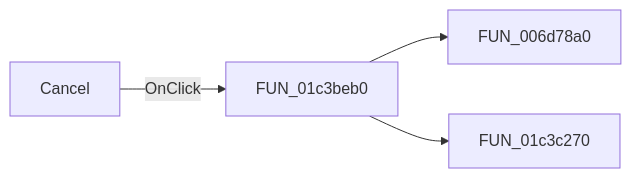
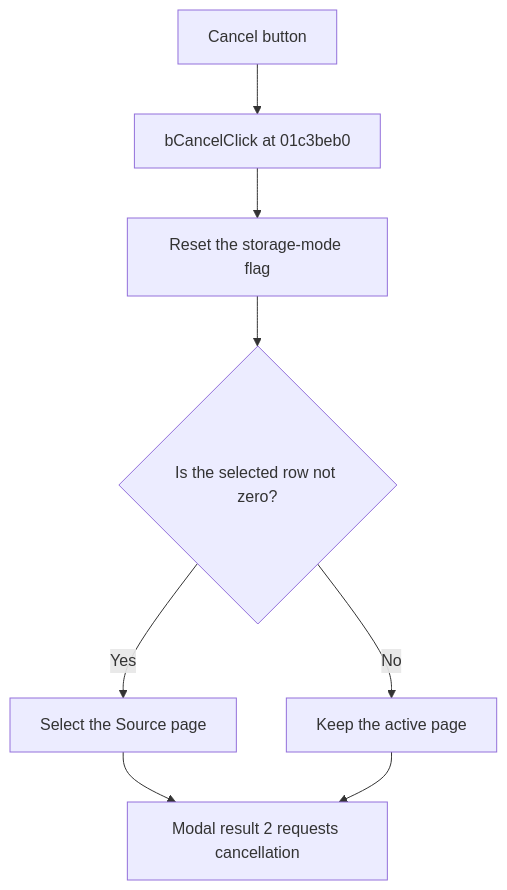
Before and after one commit to MovGP0/TIARA: the diagram in docs/ui-controls/fmacrowiz/bcancel-f9f086fa01.md, drawn with Mermaid. The commit also changed other lines of this file and 387 other files, not shown here.

````diff
--- a/docs/ui-controls/fmacrowiz/bcancel-f9f086fa01.md
+++ b/docs/ui-controls/fmacrowiz/bcancel-f9f086fa01.md
@@ -27,6 +21,10 @@
 ```mermaid
-flowchart LR
-    control["Cancel"] -->|OnClick| handler["FUN_01c3beb0"]
-    handler --> call1["FUN_006d78a0"]
-    handler --> call2["FUN_01c3c270"]
+flowchart TD
+    control["Cancel button"] --> handler["bCancelClick at 01c3beb0"]
+    handler --> reset["Reset the storage-mode flag"]
+    reset --> row{"Is the selected row not zero?"}
+    row -->|Yes| source["Select the Source page"]
+    row -->|No| keep["Keep the active page"]
+    source --> cancel["Modal result 2 requests cancellation"]
+    keep --> cancel
 ```
````
